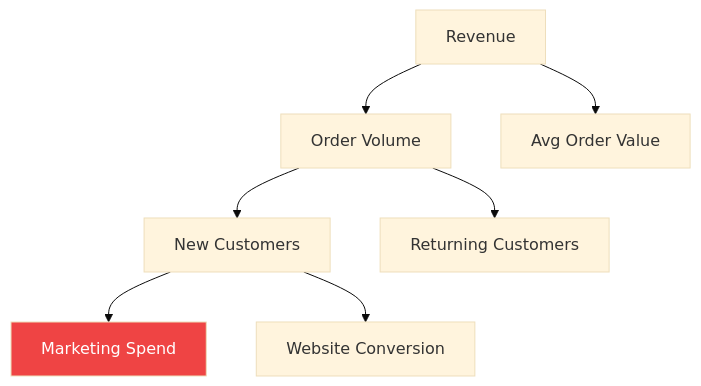
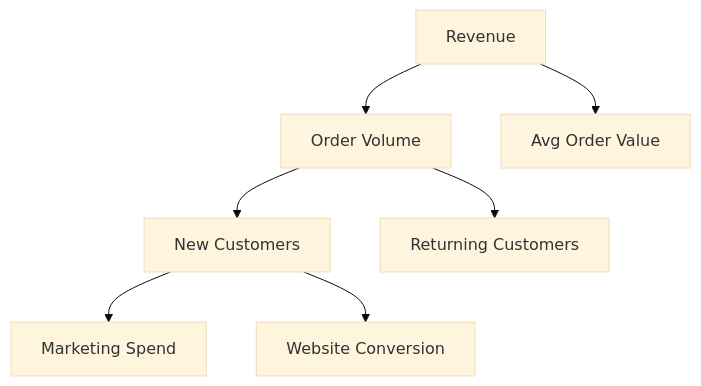
Before and after one commit to ashishsuperatom/tech-docs: the third of 7 diagrams in ip/automated-analyst.mdx, drawn with Mermaid (base theme). The commit also changed other lines of this file and 37 other files, not shown here.

First line of the commit message:
Clean up docs: remove em-dashes, fix mermaid diagrams, remove emojis

````diff
--- a/ip/automated-analyst.mdx
+++ b/ip/automated-analyst.mdx
@@ -108,13 +104,12 @@
     ```mermaid
     flowchart TD
         REVENUE["Revenue"] --> ORDERS["Order Volume"]
         REVENUE --> AOV["Avg Order Value"]
 
         ORDERS --> NEW["New Customers"]
         ORDERS --> RETURNING["Returning Customers"]
 
         NEW --> MARKETING["Marketing Spend"]
         NEW --> CONVERSION["Website Conversion"]
 
-        style MARKETING fill:#ef4444,color:#fff
     ```
````
